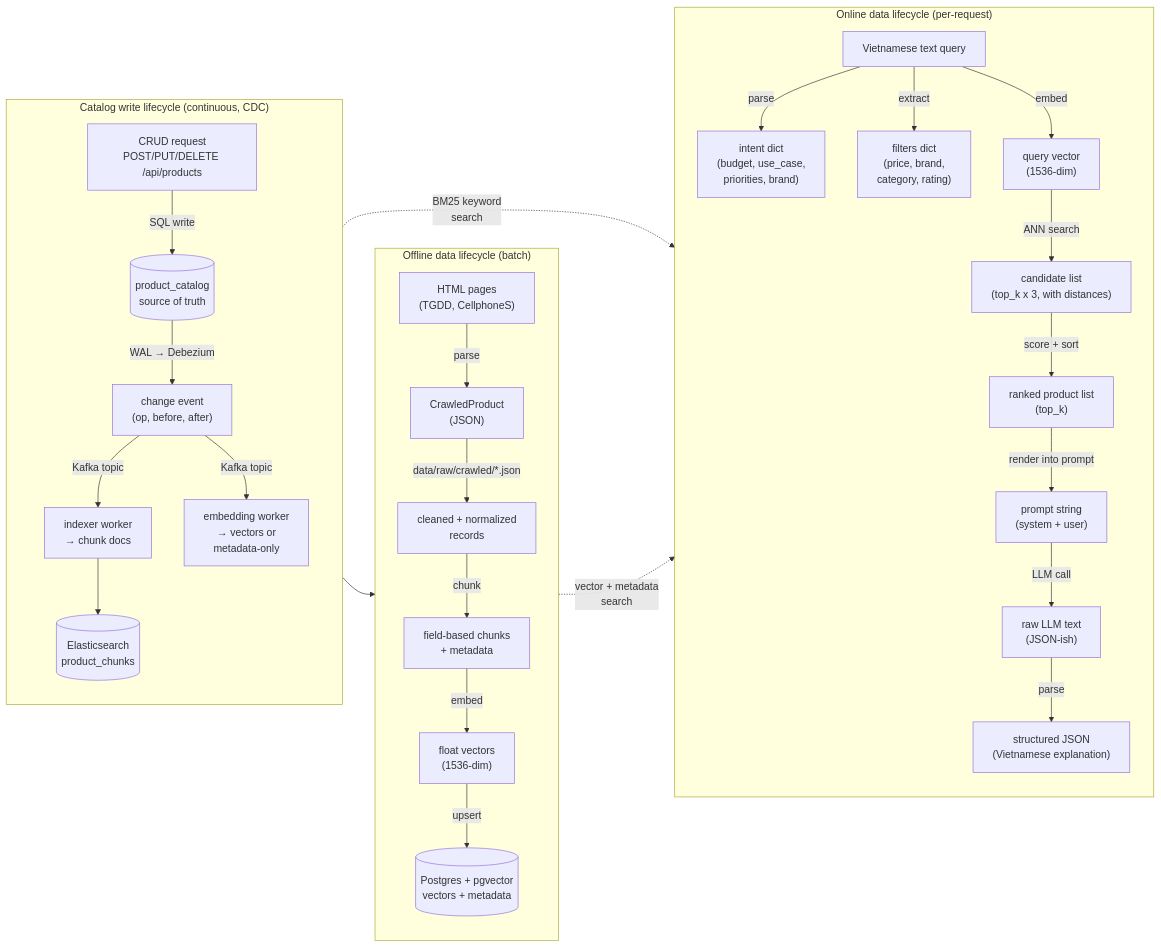
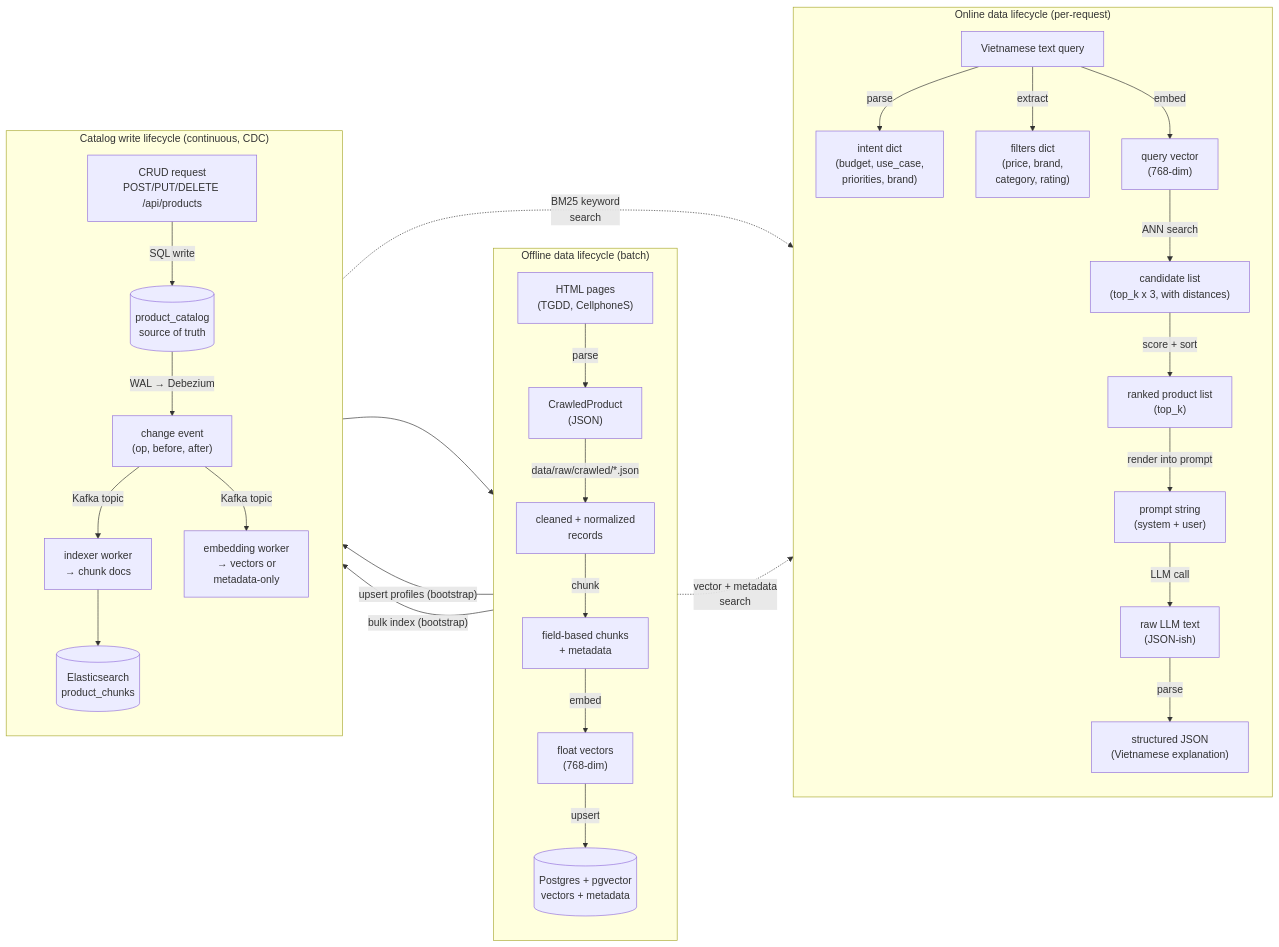
One commit to nxhawk/techscout-rag-recommend changed the diagram in docs/architecture/data-flow.md. Above: the diagram before and after it, drawn with Mermaid. The commit also changed other lines of this file and 1 other file, not shown here.

Commit message:
fix: update vector dimensions in data flow documentation
- Changed vector dimensions from 1536-dim to 768-dim for both product and query embeddings in the data flow diagrams.
- Updated related documentation sections to reflect the new embedding model specifications.
- Enhanced Vietnamese translations to ensure consistency with the updated English documentation.

````diff
--- a/docs/architecture/data-flow.md
+++ b/docs/architecture/data-flow.md
@@ -7,36 +7,38 @@
 ```mermaid
 flowchart LR
     subgraph Offline["Offline data lifecycle (batch)"]
         direction TB
         A["HTML pages\n(TGDD, CellphoneS)"] -->|"parse"| B["CrawledProduct\n(JSON)"]
         B -->|"data/raw/crawled/*.json"| C["cleaned + normalized\nrecords"]
         C -->|"chunk"| D["field-based chunks\n+ metadata"]
-        D -->|"embed"| E["float vectors\n(1536-dim)"]
+        D -->|"embed"| E["float vectors\n(768-dim)"]
         E -->|"upsert"| F[("Postgres + pgvector\nvectors + metadata")]
     end
 
     subgraph Online["Online data lifecycle (per-request)"]
         direction TB
         Q["Vietnamese text query"] -->|"parse"| I["intent dict\n(budget, use_case,\npriorities, brand)"]
         Q -->|"extract"| J["filters dict\n(price, brand,\ncategory, rating)"]
-        Q -->|"embed"| K["query vector\n(1536-dim)"]
+        Q -->|"embed"| K["query vector\n(768-dim)"]
         K -->|"ANN search"| L["candidate list\n(top_k x 3, with distances)"]
         L -->|"score + sort"| M["ranked product list\n(top_k)"]
         M -->|"render into prompt"| N["prompt string\n(system + user)"]
         N -->|"LLM call"| O["raw LLM text\n(JSON-ish)"]
         O -->|"parse"| P["structured JSON\n(Vietnamese explanation)"]
     end
 
     subgraph CDC["Catalog write lifecycle (continuous, CDC)"]
         direction TB
         W["CRUD request\nPOST/PUT/DELETE /api/products"] -->|"SQL write"| G[("product_catalog\nsource of truth")]
         G -->|"WAL → Debezium"| H["change event\n(op, before, after)"]
         H -->|"Kafka topic"| W1["indexer worker\n→ chunk docs"]
         H -->|"Kafka topic"| W2["embedding worker\n→ vectors or\nmetadata-only"]
         W1 --> ES[("Elasticsearch\nproduct_chunks")]
         W2 --> F
     end
 
+    C -->|"upsert profiles (bootstrap)"| G
+    D -->|"bulk index (bootstrap)"| ES
     F -.->|"vector + metadata\nsearch"| L
     ES -.->|"BM25 keyword\nsearch"| L
 ```
````
